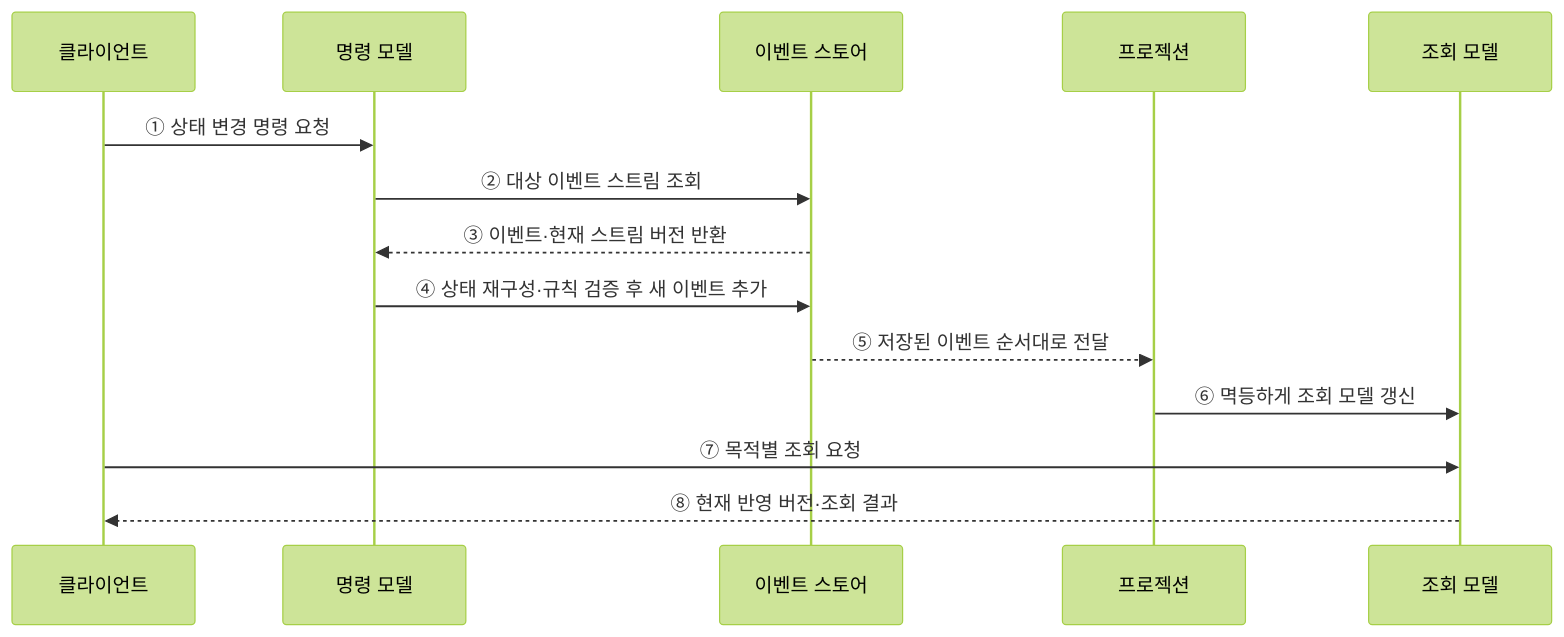
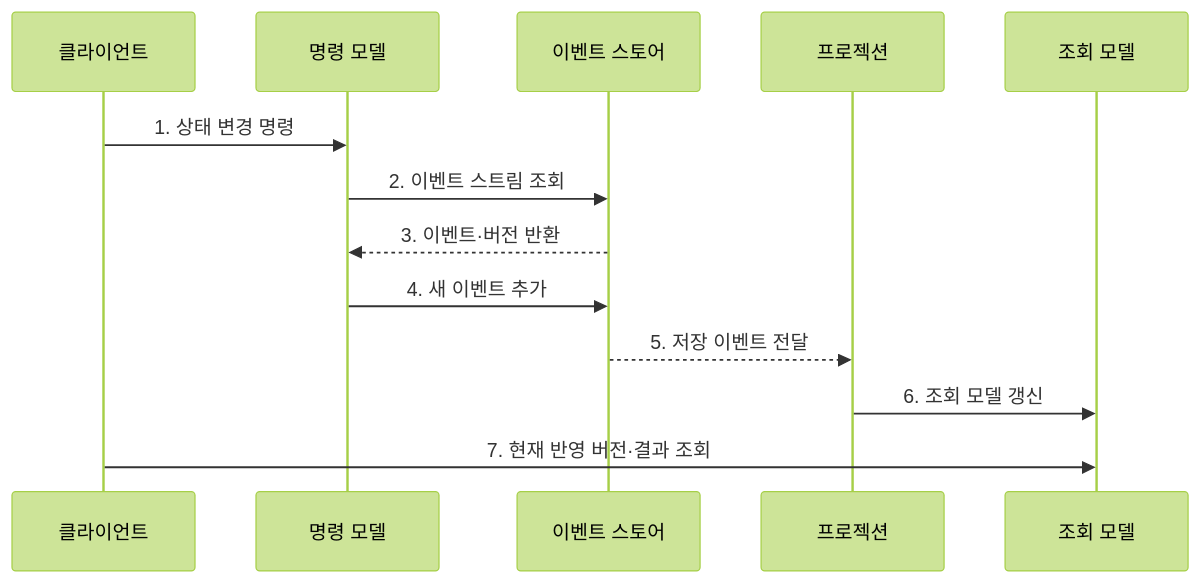
Before and after one commit to agnusdei1207/knowledge-base: the second of 2 diagrams in src/content/docs/notes/03-software/043_event_sourcing_cqrs.md, drawn with Mermaid (forest theme). The commit also changed other lines of this file and 20 other files, not shown here.

````diff
--- a/src/content/docs/notes/03-software/043_event_sourcing_cqrs.md
+++ b/src/content/docs/notes/03-software/043_event_sourcing_cqrs.md
@@ -87,16 +88,15 @@
 ```mermaid
 sequenceDiagram
     participant C as 클라이언트
     participant M as 명령 모델
     participant E as 이벤트 스토어
     participant P as 프로젝션
     participant R as 조회 모델
-    C->>M: ① 상태 변경 명령 요청
-    M->>E: ② 대상 이벤트 스트림 조회
-    E-->>M: ③ 이벤트·현재 스트림 버전 반환
-    M->>E: ④ 상태 재구성·규칙 검증 후 새 이벤트 추가
-    E-->>P: ⑤ 저장된 이벤트 순서대로 전달
-    P->>R: ⑥ 멱등하게 조회 모델 갱신
-    C->>R: ⑦ 목적별 조회 요청
-    R-->>C: ⑧ 현재 반영 버전·조회 결과
+    C->>M: 1. 상태 변경 명령
+    M->>E: 2. 이벤트 스트림 조회
+    E-->>M: 3. 이벤트·버전 반환
+    M->>E: 4. 새 이벤트 추가
+    E-->>P: 5. 저장 이벤트 전달
+    P->>R: 6. 조회 모델 갱신
+    C->>R: 7. 현재 반영 버전·결과 조회
 ```
````
